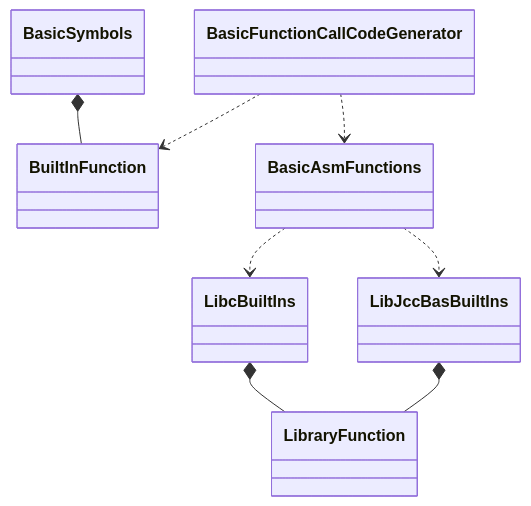
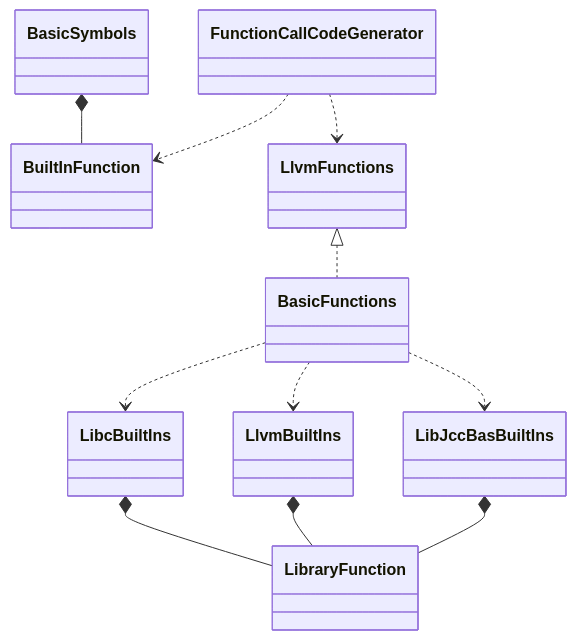
Before and after one commit to dykstrom/jcc: the third of 3 diagrams in docs/Architecture.md, drawn with Mermaid. The commit also changed other lines of this file and 11 other files, not shown here.

````diff
--- a/docs/Architecture.md
+++ b/docs/Architecture.md
@@ -181,23 +182,29 @@
 ```mermaid
 classDiagram
     
     class BuiltInFunction
     class LibraryFunction
 
     class BasicSymbols
-    class BasicFunctionCallCodeGenerator
-    class BasicAsmFunctions
+    class FunctionCallCodeGenerator
+    class LlvmFunctions
+    class BasicFunctions
 
     class LibcBuiltIns
+    class LlvmBuiltIns
     class LibJccBasBuiltIns
 
     BasicSymbols *-- BuiltInFunction
     LibcBuiltIns *-- LibraryFunction
+    LlvmBuiltIns *-- LibraryFunction
     LibJccBasBuiltIns *-- LibraryFunction
-    
-    BasicFunctionCallCodeGenerator ..> BuiltInFunction
-    BasicFunctionCallCodeGenerator ..> BasicAsmFunctions
-    
-    BasicAsmFunctions ..> LibcBuiltIns
-    BasicAsmFunctions ..> LibJccBasBuiltIns
+
+    LlvmFunctions <|.. BasicFunctions
+
+    FunctionCallCodeGenerator ..> BuiltInFunction
+    FunctionCallCodeGenerator ..> LlvmFunctions
+
+    BasicFunctions ..> LibcBuiltIns
+    BasicFunctions ..> LlvmBuiltIns
+    BasicFunctions ..> LibJccBasBuiltIns
 ```
````
